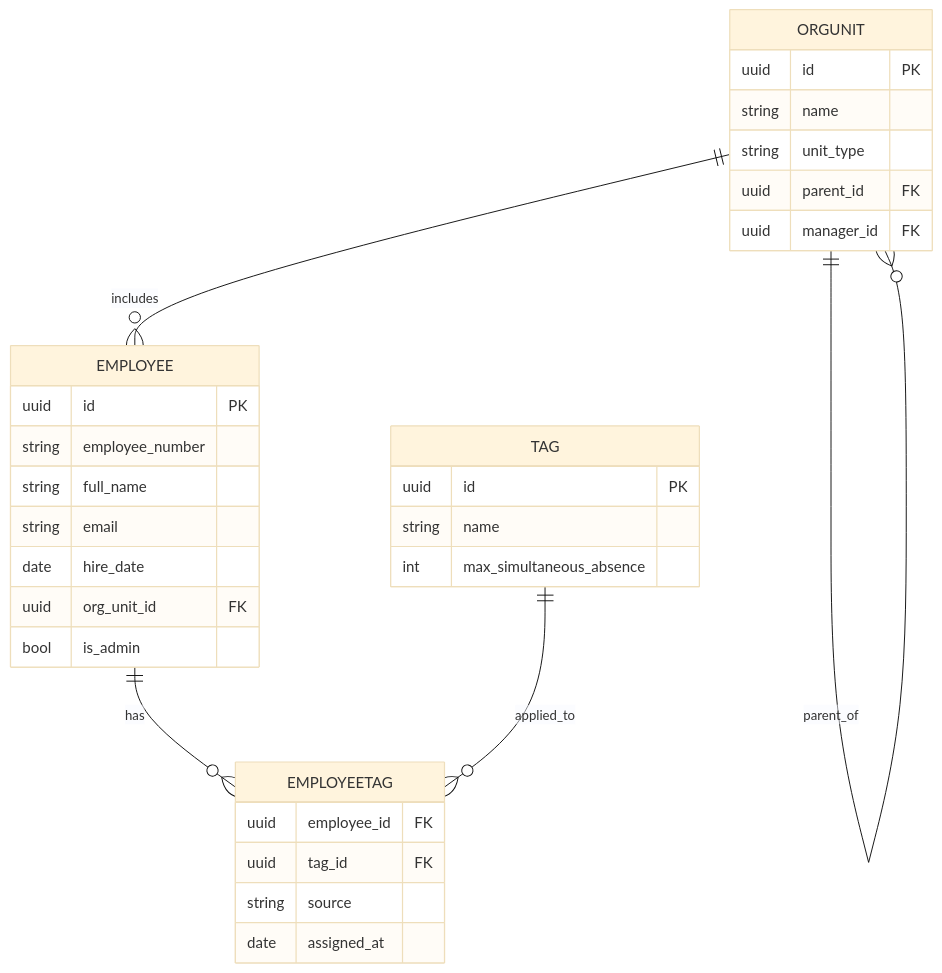
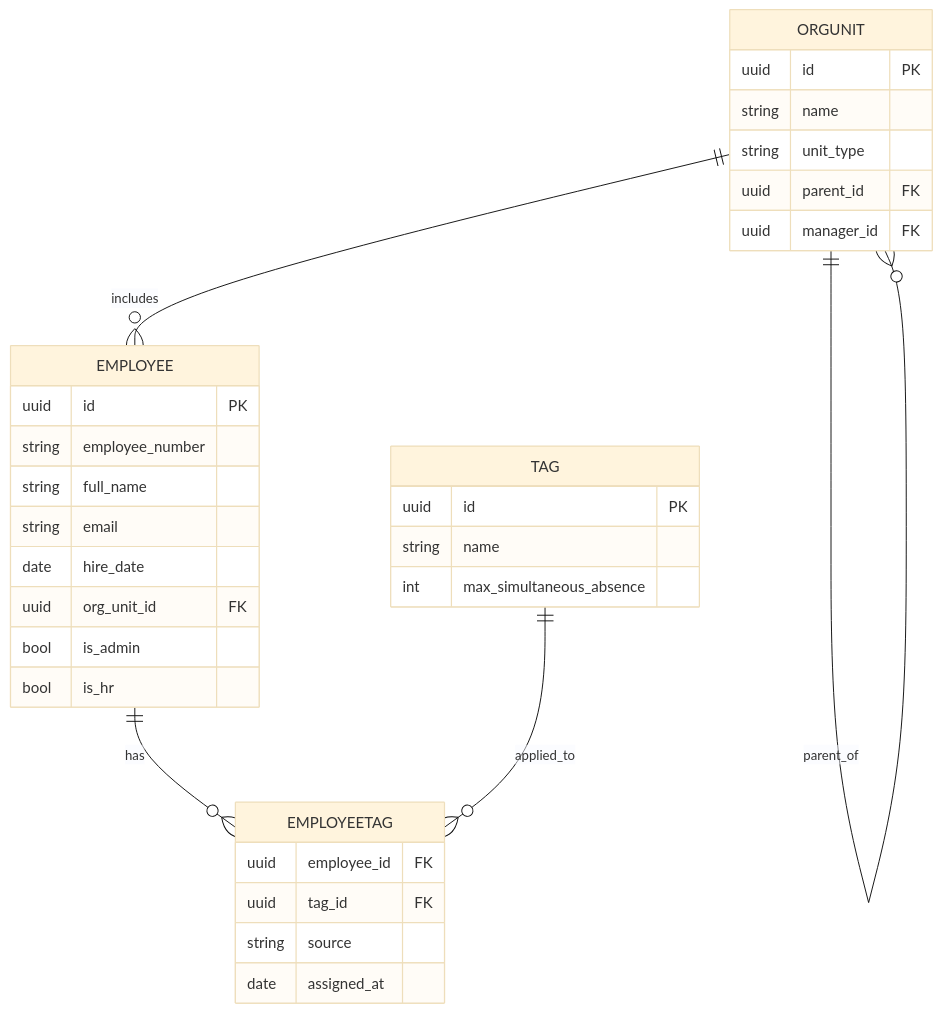
Before and after one commit to DGordeenko/vacation-planner: the first of 2 diagrams in docs/03-data-model.md, drawn with Mermaid (base theme). The commit also changed other lines of this file and 22 other files, not shown here.

````diff
--- a/docs/03-data-model.md
+++ b/docs/03-data-model.md
@@ -237,35 +238,36 @@
 ```mermaid
 erDiagram
   ORGUNIT ||--o{ EMPLOYEE : includes
   ORGUNIT ||--o{ ORGUNIT : parent_of
   EMPLOYEE ||--o{ EMPLOYEETAG : has
   TAG ||--o{ EMPLOYEETAG : applied_to
 
   EMPLOYEE {
     uuid id PK
     string employee_number
     string full_name
     string email
     date hire_date
     uuid org_unit_id FK
     bool is_admin
+    bool is_hr
   }
   ORGUNIT {
     uuid id PK
     string name
     string unit_type
     uuid parent_id FK
     uuid manager_id FK
   }
   TAG {
     uuid id PK
     string name
     int max_simultaneous_absence
   }
   EMPLOYEETAG {
     uuid employee_id FK
     uuid tag_id FK
     string source
     date assigned_at
   }
 ```
````
